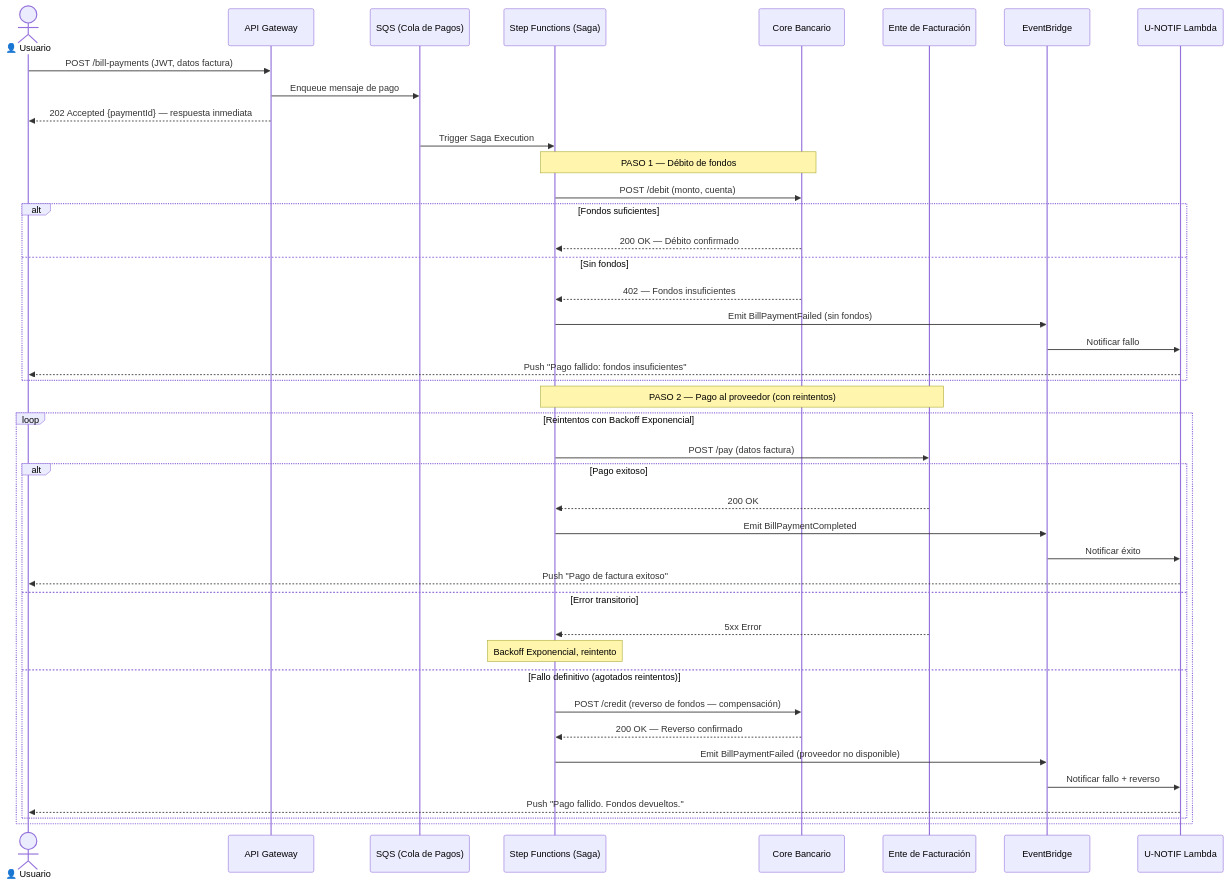
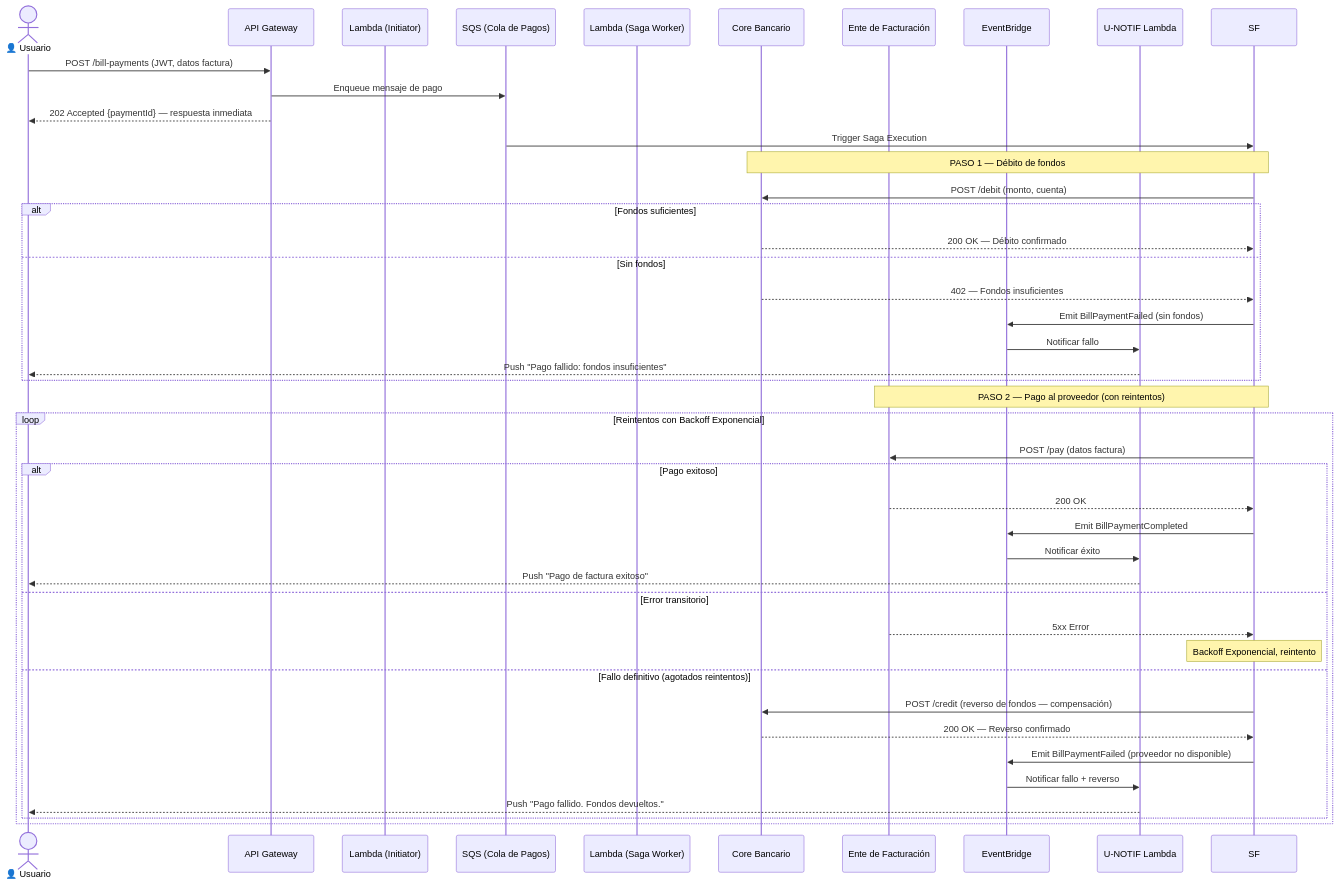
Before and after one commit to shadoweagle1228/pruebainetum: the third of 7 diagrams in README.md, drawn with Mermaid. The commit also changed other lines of this file and 1 other file, not shown here.

Commit message:
docs: sync all diagrams to accurately reflect Lambda/SQS Saga implementation instead of Step Functions

````diff
--- a/README.md
+++ b/README.md
@@ -366,48 +368,49 @@
 ```mermaid
 sequenceDiagram
     actor Usuario as 👤 Usuario
     participant APIGW as API Gateway
+    participant INIT as Lambda (Initiator)
     participant SQS as SQS (Cola de Pagos)
-    participant SF as Step Functions (Saga)
+    participant WRK as Lambda (Saga Worker)
     participant CORE as Core Bancario
     participant BILLER as Ente de Facturación
     participant EB as EventBridge
     participant UNOTIF as U-NOTIF Lambda
 
     Usuario->>APIGW: POST /bill-payments (JWT, datos factura)
     APIGW->>SQS: Enqueue mensaje de pago
     APIGW-->>Usuario: 202 Accepted {paymentId} — respuesta inmediata
 
     SQS->>SF: Trigger Saga Execution
 
     Note over SF, CORE: PASO 1 — Débito de fondos
     SF->>CORE: POST /debit (monto, cuenta)
     alt Fondos suficientes
         CORE-->>SF: 200 OK — Débito confirmado
     else Sin fondos
         CORE-->>SF: 402 — Fondos insuficientes
         SF->>EB: Emit BillPaymentFailed (sin fondos)
         EB->>UNOTIF: Notificar fallo
         UNOTIF-->>Usuario: Push "Pago fallido: fondos insuficientes"
     end
 
     Note over SF, BILLER: PASO 2 — Pago al proveedor (con reintentos)
     loop Reintentos con Backoff Exponencial
         SF->>BILLER: POST /pay (datos factura)
         alt Pago exitoso
             BILLER-->>SF: 200 OK
             SF->>EB: Emit BillPaymentCompleted
             EB->>UNOTIF: Notificar éxito
             UNOTIF-->>Usuario: Push "Pago de factura exitoso"
         else Error transitorio
             BILLER-->>SF: 5xx Error
             Note over SF: Backoff Exponencial, reintento
         else Fallo definitivo (agotados reintentos)
             SF->>CORE: POST /credit (reverso de fondos — compensación)
             CORE-->>SF: 200 OK — Reverso confirmado
             SF->>EB: Emit BillPaymentFailed (proveedor no disponible)
             EB->>UNOTIF: Notificar fallo + reverso
             UNOTIF-->>Usuario: Push "Pago fallido. Fondos devueltos."
         end
     end
 ```
````
